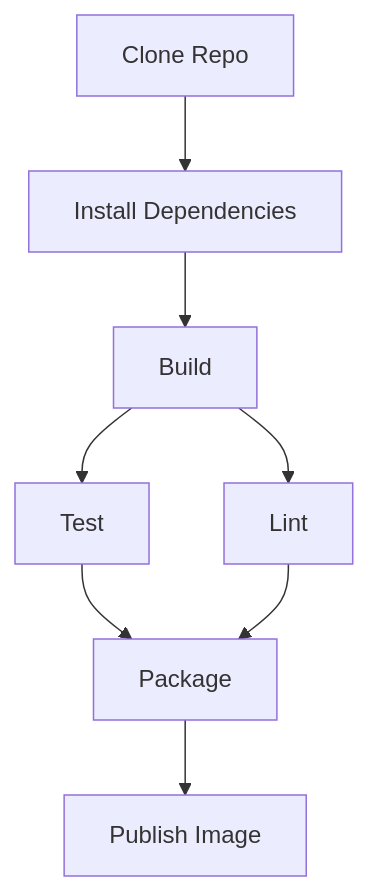
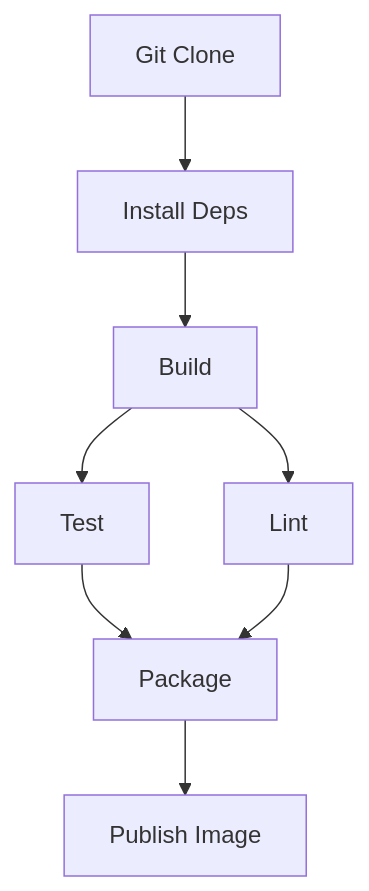
Before and after one commit to stuttgart-things/docs: the diagram in presentations/dagger/home/architecture.md, drawn with Mermaid. The commit also changed other lines of this file and 10 other files, not shown here.

````diff
--- a/presentations/dagger/home/architecture.md
+++ b/presentations/dagger/home/architecture.md
@@ -15,18 +15,18 @@
 ```mermaid
 graph TD
-  A[Clone Repo]
-  B[Install Dependencies]
+  A[Git Clone]
+  B[Install Deps]
   C[Build]
   D[Test]
   E[Lint]
   F[Package]
   G[Publish Image]
 
   A --> B
   B --> C
   C --> D
   C --> E
   D --> F
   E --> F
   F --> G
 ```
````
